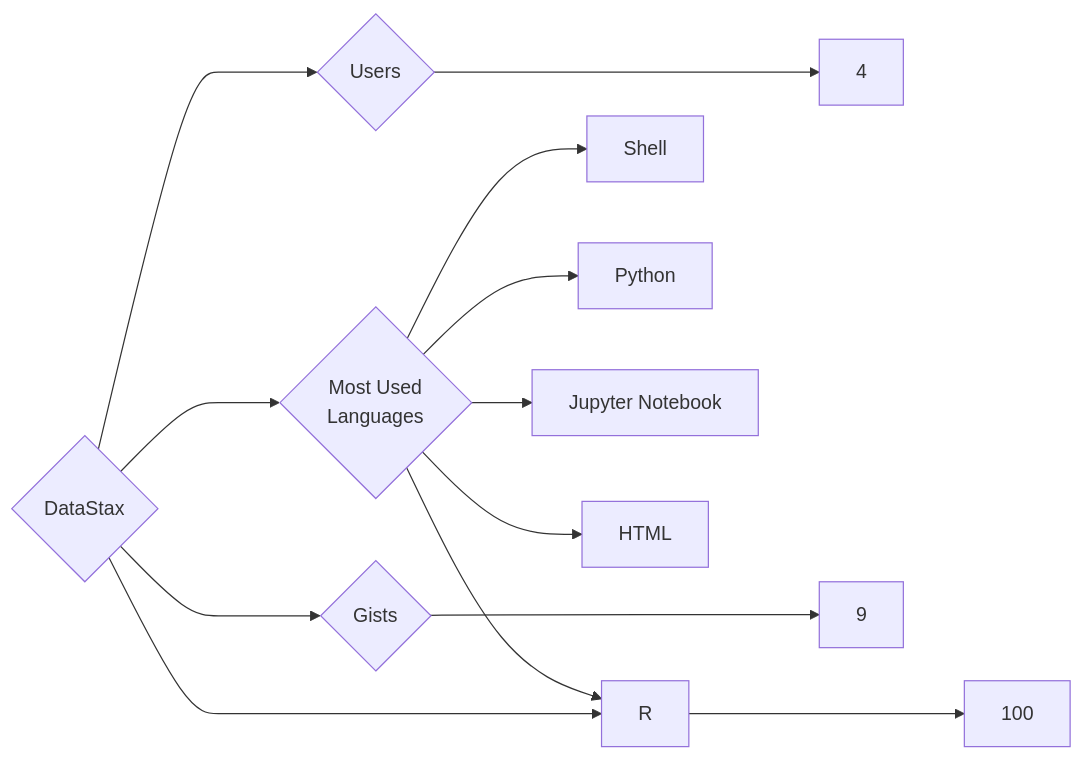
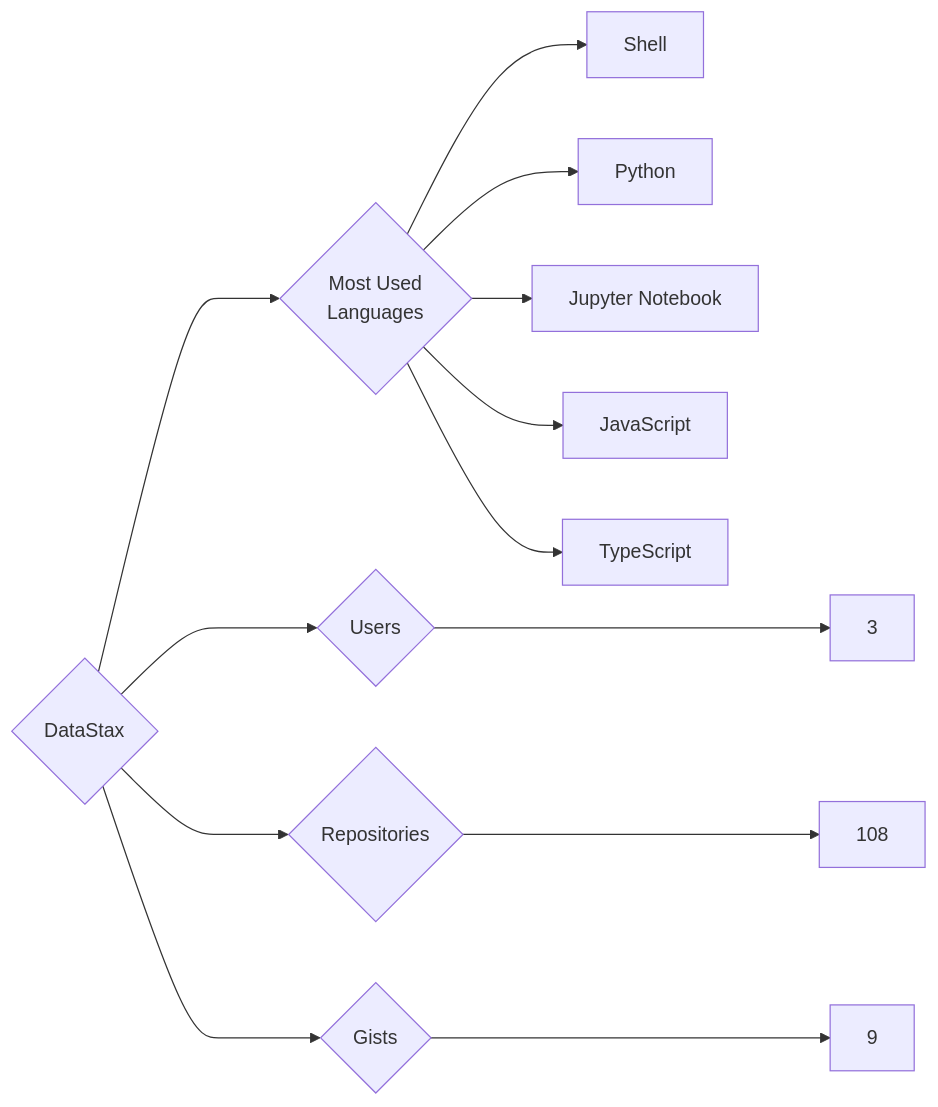
Before and after one commit to trickest/insiders: the diagram in targets/DataStax/README.md, drawn with Mermaid. The commit also changed 993 other files, not shown here.

````diff
--- a/targets/DataStax/README.md
+++ b/targets/DataStax/README.md
@@ -3,13 +3,13 @@
 ```mermaid
 graph LR
 COMPANY_NAME{DataStax}
-COMPANY_NAME ---> U{Users} ---> UN[4]
-COMPANY_NAME ---> R{Repositories} ---> RN[100]
+COMPANY_NAME ---> U{Users} ---> UN[3]
+COMPANY_NAME ---> R{Repositories} ---> RN[108]
 COMPANY_NAME ---> G{Gists} ---> GN[9]
 COMPANY_NAME ---> ML{Most Used<br>Languages}
 ML --> Shell[Shell]
 ML --> Python[Python]
 ML --> Jupyter_Notebook[Jupyter Notebook]
-ML --> HTML[HTML]
-ML --> R[R]
+ML --> JavaScript[JavaScript]
+ML --> TypeScript[TypeScript]
 ```
````
